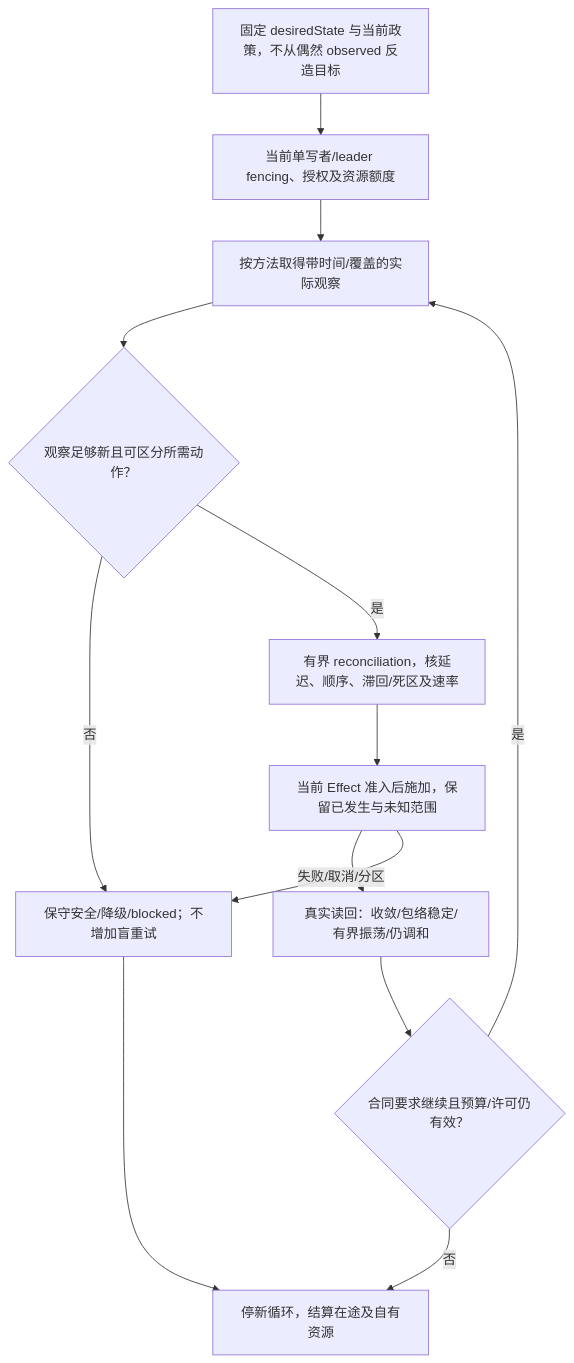
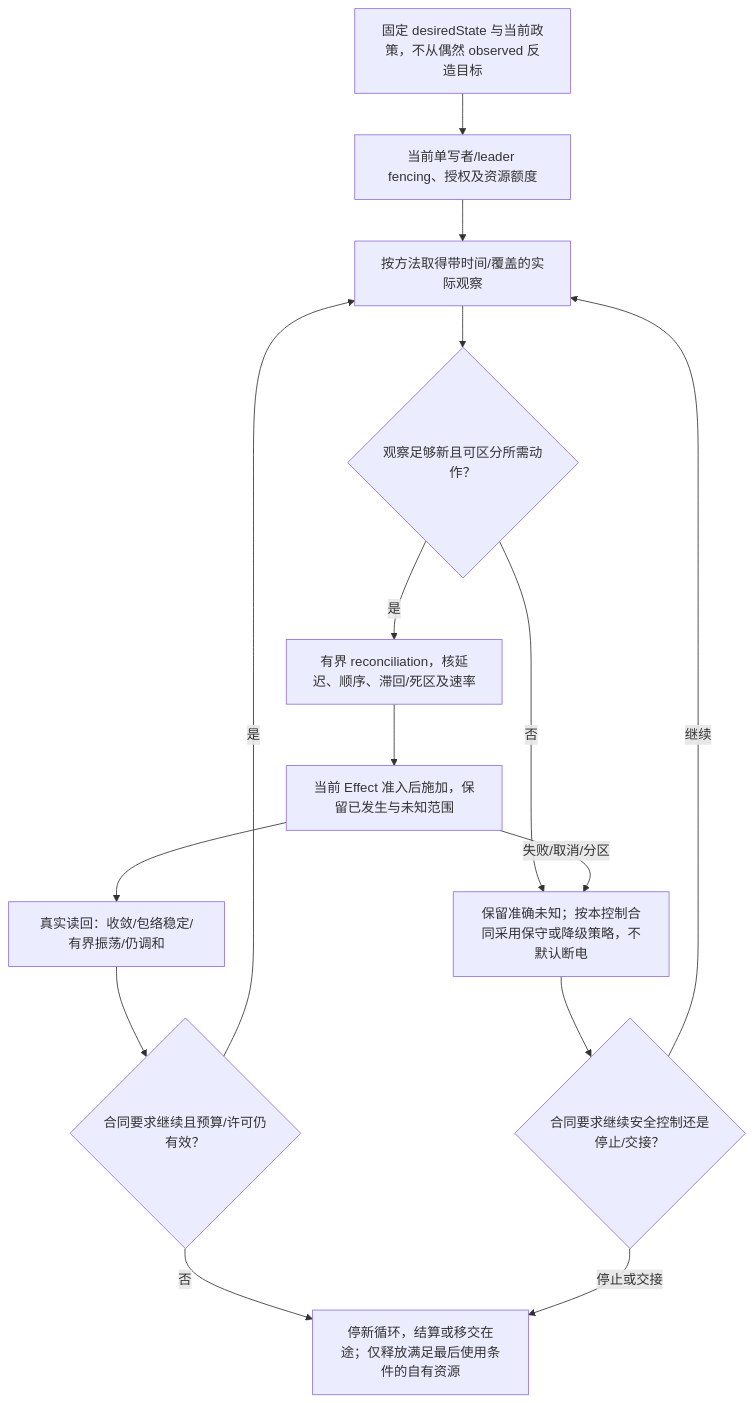
One commit to sec-platform/sec changed the fourth of 9 diagrams in docs/作者/共同语义关系.md. Above: the diagram before and after it, drawn with Mermaid. The commit also changed other lines of this file and 122 other files, not shown here.

First line of the commit message:
docs: unify system diagrams and remove redundant design text (#882)

````diff
--- a/docs/作者/共同语义关系.md
+++ b/docs/作者/共同语义关系.md
@@ -587,15 +587,17 @@
 ```mermaid
 flowchart TB
   desired["固定 desiredState 与当前政策，不从偶然 observed 反造目标"] --> ownership["当前单写者/leader fencing、授权及资源额度"]
   ownership --> observe["按方法取得带时间/覆盖的实际观察"]
   observe --> valid{"观察足够新且可区分所需动作？"}
-  valid -->|否| safe["保守安全/降级/blocked；不增加盲重试"]
+  valid -->|否| limited["保留准确未知；按本控制合同采用保守或降级策略，不默认断电"]
   valid -->|是| reconcile["有界 reconciliation，核延迟、顺序、滞回/死区及速率"]
   reconcile --> act["当前 Effect 准入后施加，保留已发生与未知范围"]
   act --> readback["真实读回：收敛/包络稳定/有界振荡/仍调和"]
   readback --> next{"合同要求继续且预算/许可仍有效？"}
   next -->|是| observe
-  next -->|否| release["停新循环，结算在途及自有资源"]
-  act -->|失败/取消/分区| safe
-  safe --> release
+  next -->|否| release["停新循环，结算或移交在途；仅释放满足最后使用条件的自有资源"]
+  act -->|失败/取消/分区| limited
+  limited --> decision{"合同要求继续安全控制还是停止/交接？"}
+  decision -->|继续| observe
+  decision -->|停止或交接| release
 ```
````
